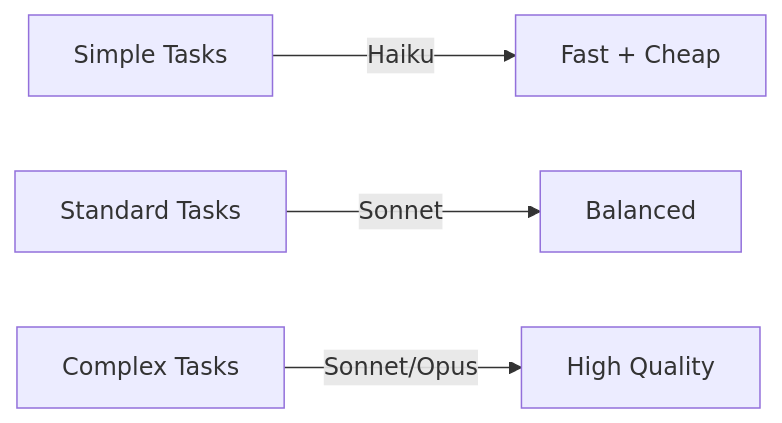
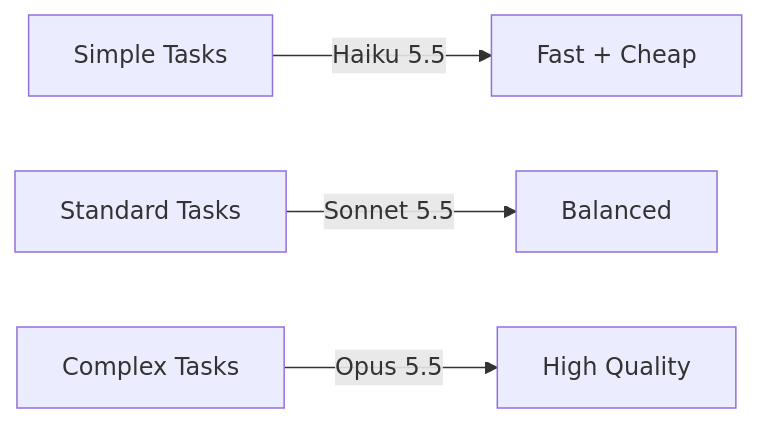
The second of 3 diagrams in docs/plugin-system/anthropic-plugin.md (ever-works/ever-works), drawn with Mermaid before and after one commit. The commit also changed other lines of this file and 23 other files, not shown here.

````diff
--- a/docs/plugin-system/anthropic-plugin.md
+++ b/docs/plugin-system/anthropic-plugin.md
@@ -65,6 +71,6 @@
 ```mermaid
 graph LR
-    A[Simple Tasks] -->|Haiku| B[Fast + Cheap]
-    C[Standard Tasks] -->|Sonnet| D[Balanced]
-    E[Complex Tasks] -->|Sonnet/Opus| F[High Quality]
+    A[Simple Tasks] -->|Haiku 5.5| B[Fast + Cheap]
+    C[Standard Tasks] -->|Sonnet 5.5| D[Balanced]
+    E[Complex Tasks] -->|Opus 5.5| F[High Quality]
 ```
````
